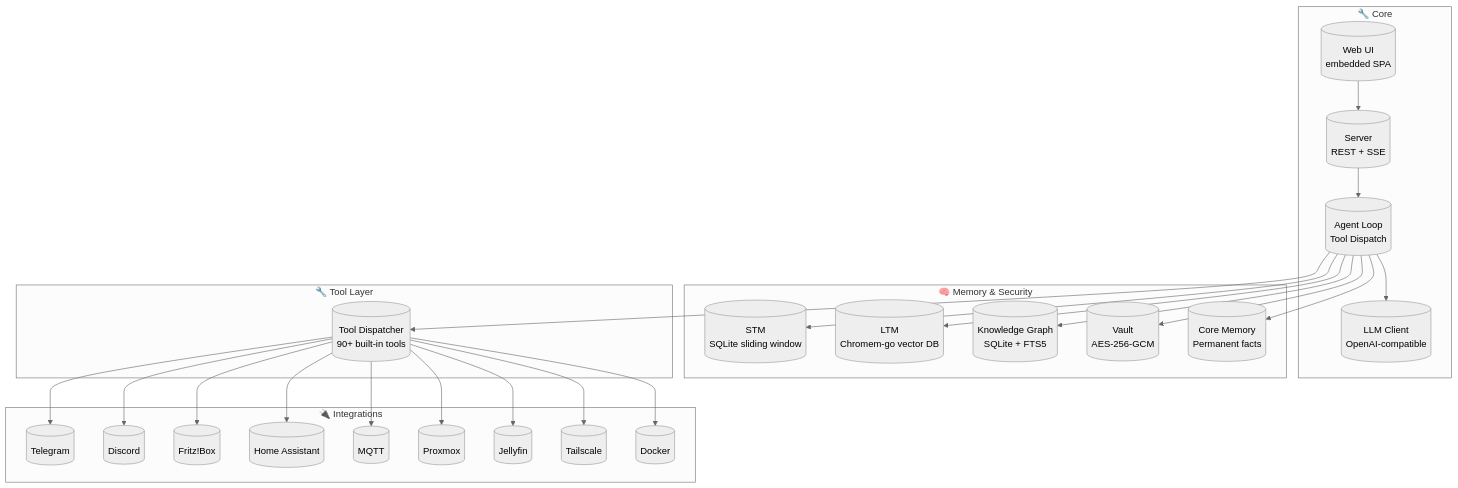
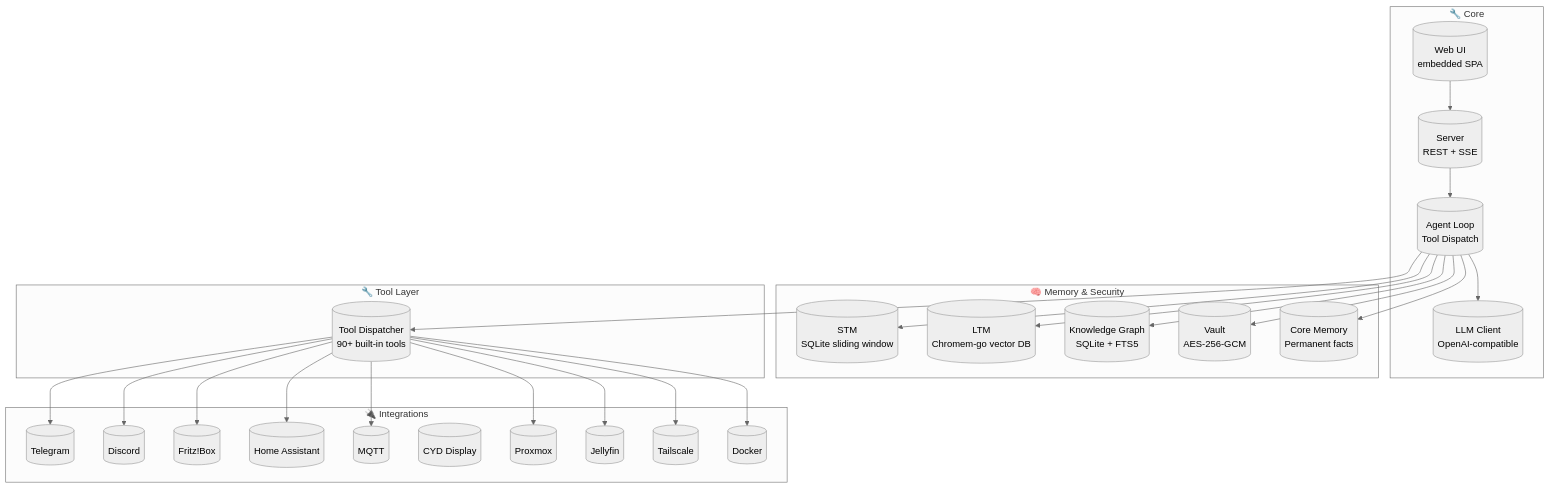
One commit to antibyte/AuraGo changed the diagram in documentation/architecture.md. Above: the diagram before and after it, drawn with Mermaid (neutral theme). The commit also changed 90 other files, not shown here.

First line of the commit message:
feat(cyd): add Cheap Yellow Display integration

````diff
--- a/documentation/architecture.md
+++ b/documentation/architecture.md
@@ -7,50 +7,51 @@
 ```mermaid
 flowchart TD
     subgraph Core["🔧 Core"]
         WEB[("Web UI<br/>embedded SPA")]
         SERVER[("Server<br/>REST + SSE")]
         AGENT[("Agent Loop<br/>Tool Dispatch")]
         LLM[("LLM Client<br/>OpenAI-compatible")]
     end
 
     subgraph Memory["🧠 Memory & Security"]
         STM[("STM<br/>SQLite sliding window")]
         LTM[("LTM<br/>Chromem-go vector DB")]
         KG[("Knowledge Graph<br/>SQLite + FTS5")]
         VAULT[("Vault<br/>AES-256-GCM")]
         CORE[("Core Memory<br/>Permanent facts")]
     end
 
     subgraph Tools["🔧 Tool Layer"]
         TD[("Tool Dispatcher<br/>90+ built-in tools")]
     end
 
     subgraph Integrations["🔌 Integrations"]
         TG[("Telegram")]
         DC[("Discord")]
         FB[("Fritz!Box")]
         HA[("Home Assistant")]
         MQ[("MQTT")]
+        CYD[("CYD Display")]
         PX[("Proxmox")]
         JF[("Jellyfin")]
         TS[("Tailscale")]
         DOC[("Docker")]
     end
 
     WEB --> SERVER --> AGENT --> LLM
     AGENT --> TD
     AGENT --> STM
     AGENT --> LTM
     AGENT --> KG
     AGENT --> VAULT
     AGENT --> CORE
     TD --> TG
     TD --> DC
     TD --> FB
     TD --> HA
     TD --> MQ
     TD --> PX
     TD --> JF
     TD --> TS
     TD --> DOC
 ```
````
